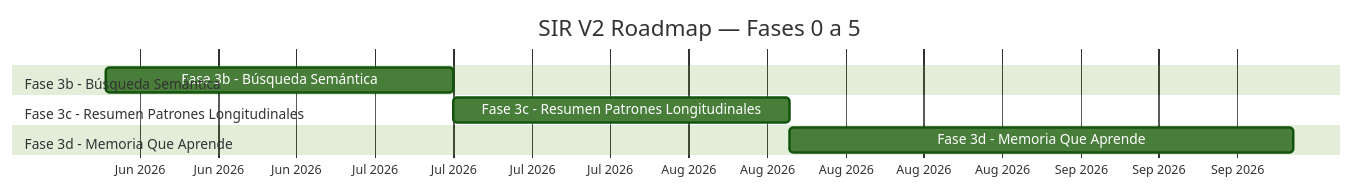
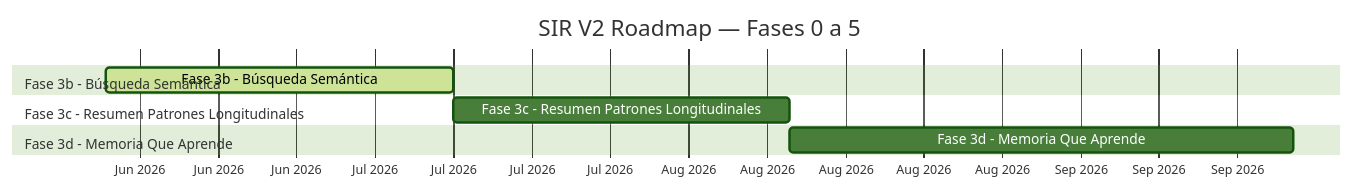
One commit to aaronhuaynate66/sir-v2-life-os changed the diagram in MASTER_PLAN.md. Above: the diagram before and after it, drawn with Mermaid (forest theme). The commit also changed other lines of this file, not shown here.

First line of the commit message:
chore(plan): regenerate MASTER_PLAN — Fase 3a closed, Fase 3b active

````diff
--- a/MASTER_PLAN.md
+++ b/MASTER_PLAN.md
@@ -28,16 +28,16 @@
 ```mermaid
 gantt
     title SIR V2 Roadmap — Fases 0 a 5
     dateFormat YYYY-MM-DD
     axisFormat %b %Y
 
     section Fase 3b - Búsqueda Semántica
-    Fase 3b - Búsqueda Semántica    :fase3b, 2026-06-11, 2026-07-12
+    Fase 3b - Búsqueda Semántica    :active, fase3b, 2026-06-11, 2026-07-12
 
     section Fase 3c - Resumen Patrones Longitudinales
     Fase 3c - Resumen Patrones Longitudinales    :fase3c, 2026-07-12, 2026-08-11
 
     section Fase 3d - Memoria Que Aprende
     Fase 3d - Memoria Que Aprende    :fase3d, 2026-08-11, 2026-09-25
 
 ```
````
